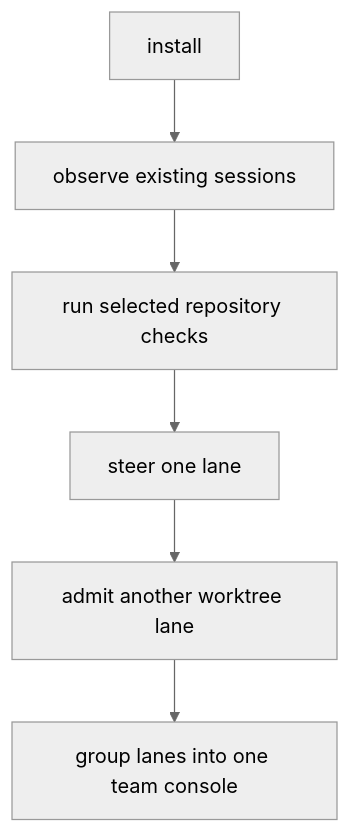
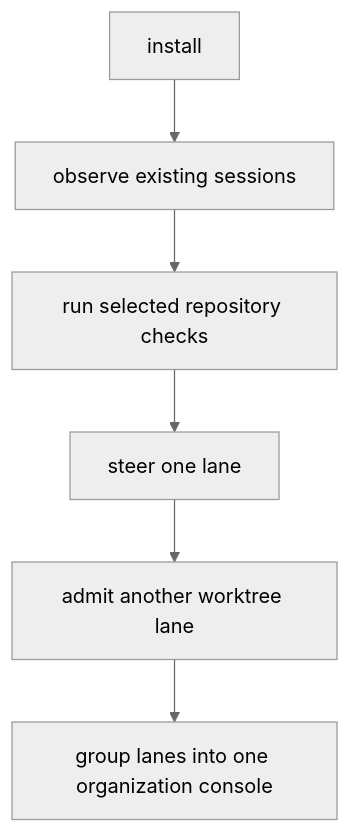
One commit to infimalabs/spice-rust changed the second of 6 diagrams in docs/product/model/failures.md. Above: the diagram before and after it, drawn with Mermaid (neutral theme). The commit also changed other lines of this file and 99 other files, not shown here.

````diff
--- a/docs/product/model/failures.md
+++ b/docs/product/model/failures.md
@@ -74,8 +74,8 @@
 ```mermaid
 flowchart TD
   A["install"] --> B["observe existing sessions"]
   B --> C["run selected repository checks"]
   C --> D["steer one lane"]
   D --> E["admit another worktree lane"]
-  E --> F["group lanes into one team console"]
+  E --> F["group lanes into one organization console"]
 ```
````
